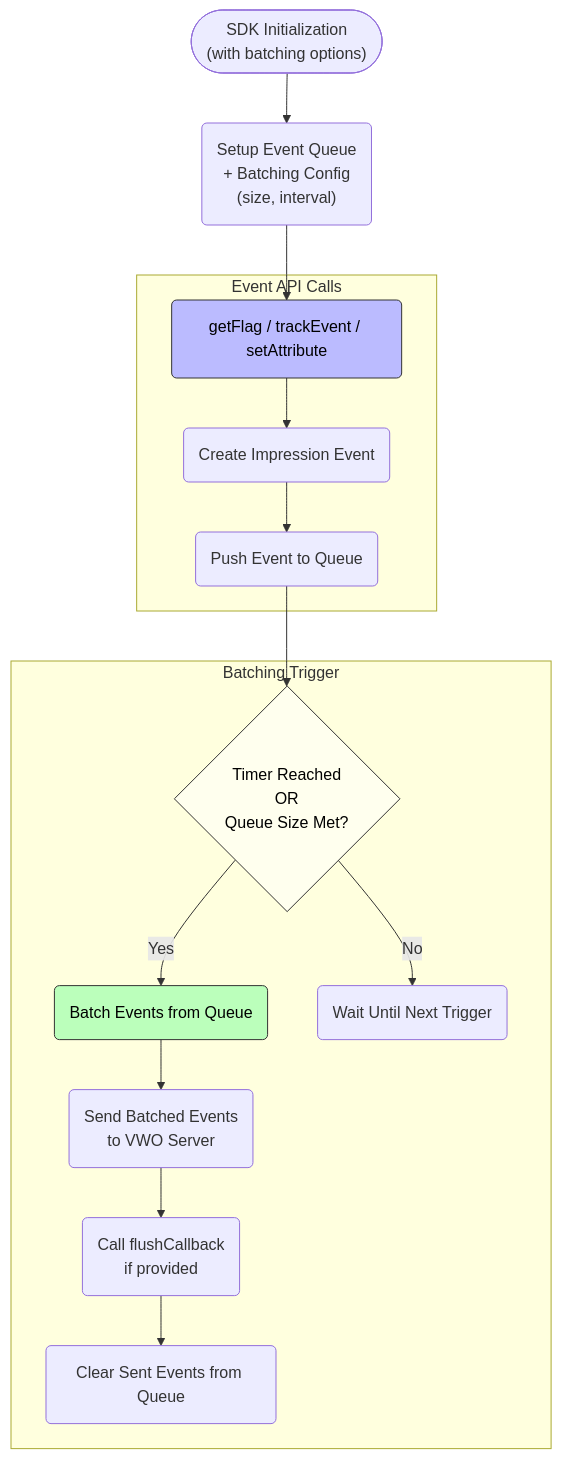
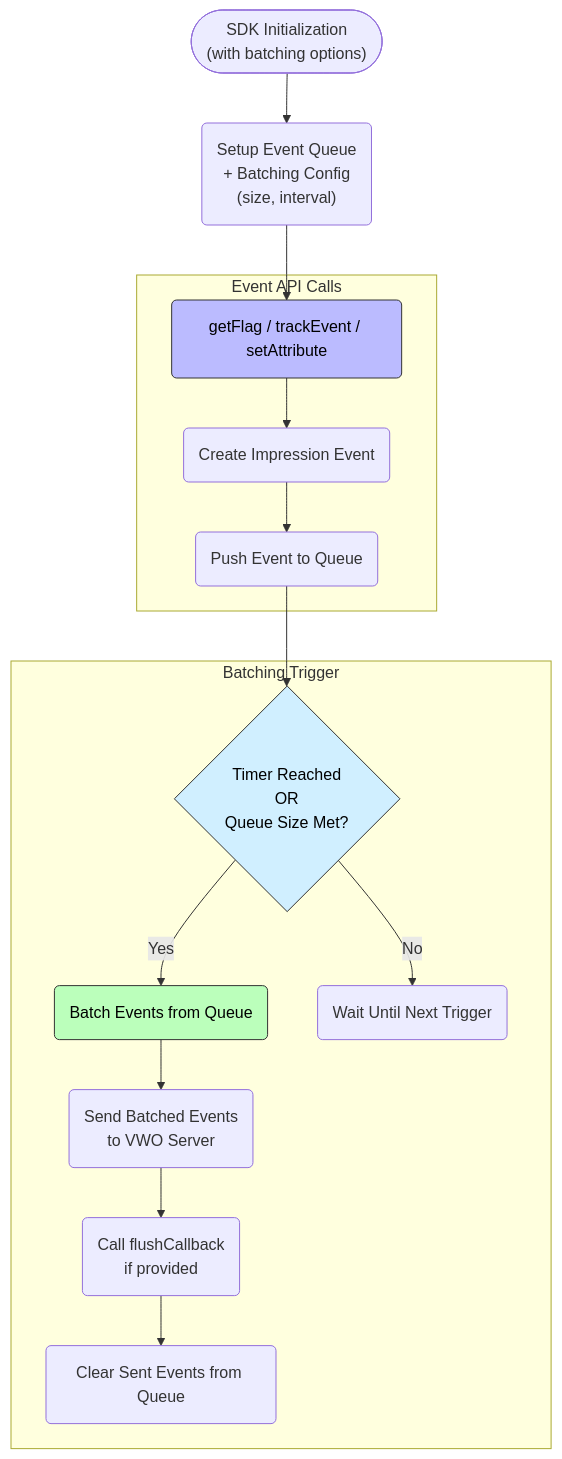
The second of 3 diagrams in docs/SDK Reference/fme-sdks-working.md (wingify/readme-central), drawn with Mermaid before and after one commit.

Commit message:
Update doc `fme-sdks-working`

````diff
--- a/docs/SDK Reference/fme-sdks-working.md
+++ b/docs/SDK Reference/fme-sdks-working.md
@@ -107,32 +107,32 @@
 ```mermaid
 flowchart TD
     A0(["SDK Initialization<br/>(with batching options)"]) --> A1("Setup Event Queue<br/>+ Batching Config<br/>(size, interval)")
     
     subgraph Event API Calls
         A2("getFlag / trackEvent / setAttribute") --> A3("Create Impression Event")
         A3 --> A4("Push Event to Queue")
     end
 
     A1 --> A2
 
     subgraph Batching Trigger
         B1{"Timer Reached<br/>OR<br/>Queue Size Met?"}
         A4 --> B1
         B1 -- Yes --> B2("Batch Events from Queue")
         B2 --> B3("Send Batched Events<br/>to VWO Server")
         B3 --> B4("Call flushCallback<br/>if provided")
         B4 --> B5("Clear Sent Events from Queue")
         B1 -- No --> C1("Wait Until Next Trigger")
     end
     
     %% Assign classes
     class A2 apis
     class B2 batch
     class B1 ifbatch
 
     %% Define styles
     classDef apis fill:#bbf,stroke:#333,color:#000
     classDef batch fill:#bfb,stroke:#333,color:#000
-    classDef ifbatch fill:#ffe,stroke:#333,color:#000
+    classDef ifbatch fill:#d0efff,stroke:#333,color:#000
 
 ```
````
